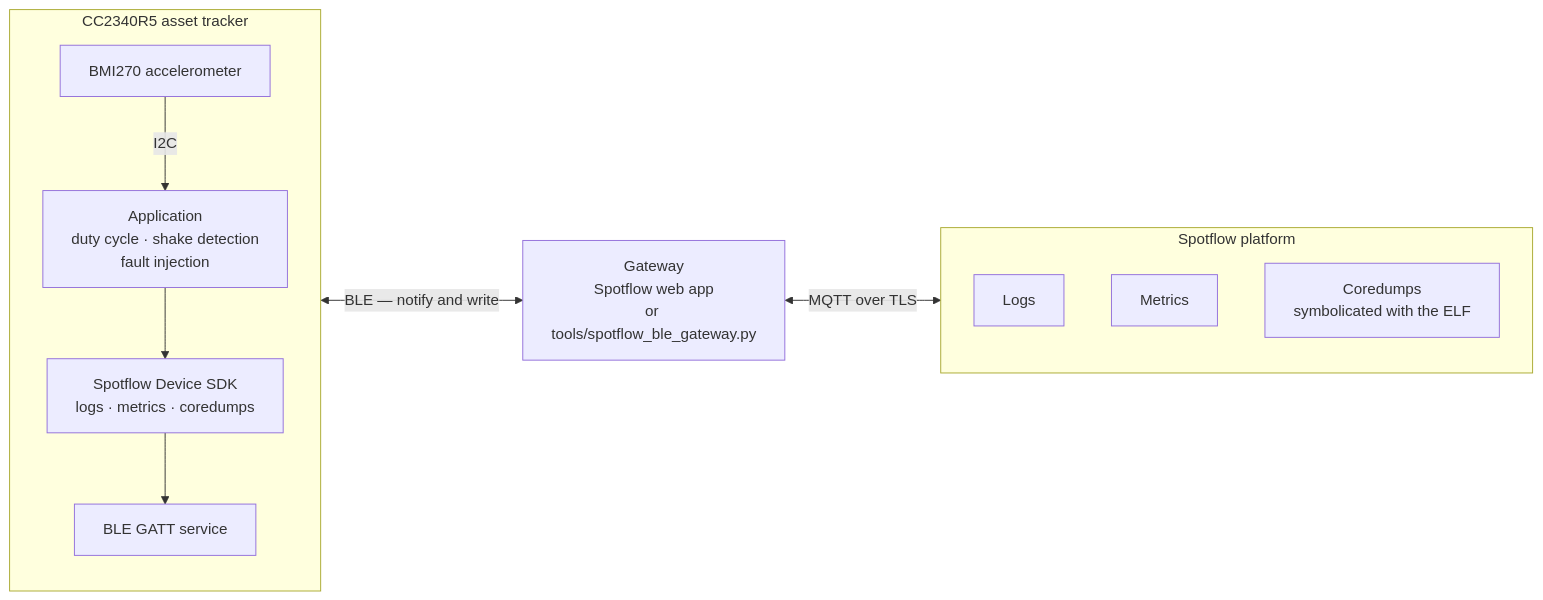
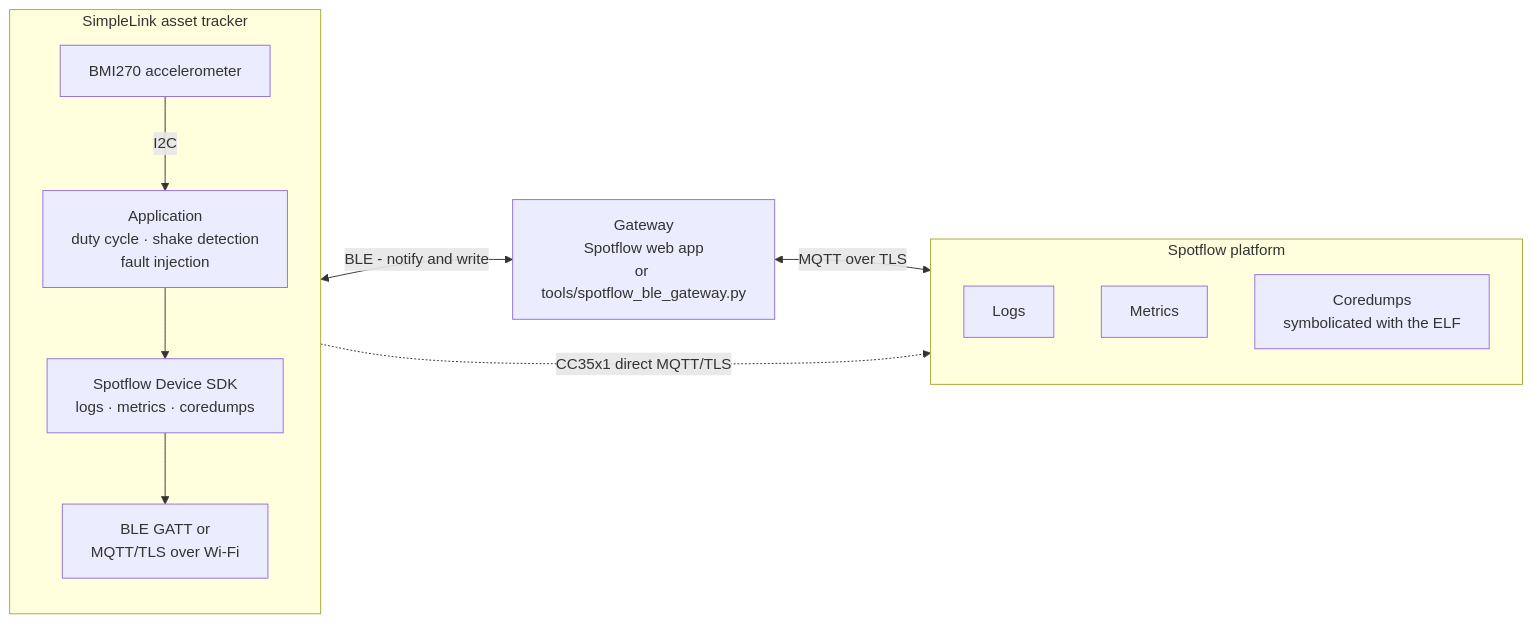
The diagram in README.md (spotflow-io/oss-2026-demo), drawn with Mermaid before and after one commit. The commit also changed other lines of this file and 19 other files, not shown here.

````diff
--- a/README.md
+++ b/README.md
@@ -20,25 +24,26 @@
 ```mermaid
 flowchart LR
-    subgraph device["CC2340R5 asset tracker"]
+    subgraph device["SimpleLink asset tracker"]
         direction TB
         sensor["BMI270 accelerometer"]
         app["Application<br/>duty cycle · shake detection<br/>fault injection"]
         sdk["Spotflow Device SDK<br/>logs · metrics · coredumps"]
-        gatt["BLE GATT service"]
+        transport["BLE GATT or<br/>MQTT/TLS over Wi-Fi"]
         sensor -->|I2C| app
         app --> sdk
-        sdk --> gatt
+        sdk --> transport
     end
 
     gateway["Gateway<br/>Spotflow web app<br/>or tools/spotflow_ble_gateway.py"]
 
     subgraph cloud["Spotflow platform"]
         direction TB
         logs["Logs"]
         metrics["Metrics"]
         dumps["Coredumps<br/>symbolicated with the ELF"]
     end
 
-    gatt <-->|"BLE — notify and write"| gateway
+    transport <-->|"BLE - notify and write"| gateway
     gateway <-->|"MQTT over TLS"| cloud
+    transport -.->|"CC35x1 direct MQTT/TLS"| cloud
 ```
````
